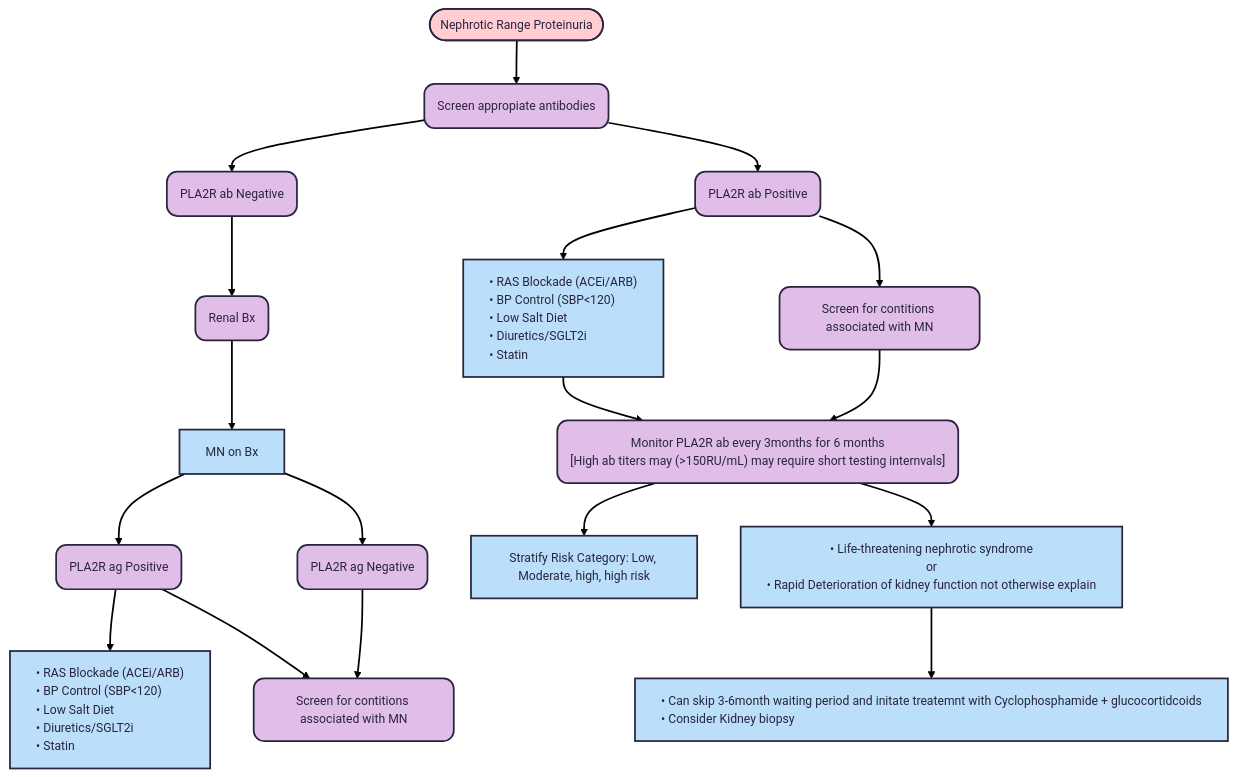
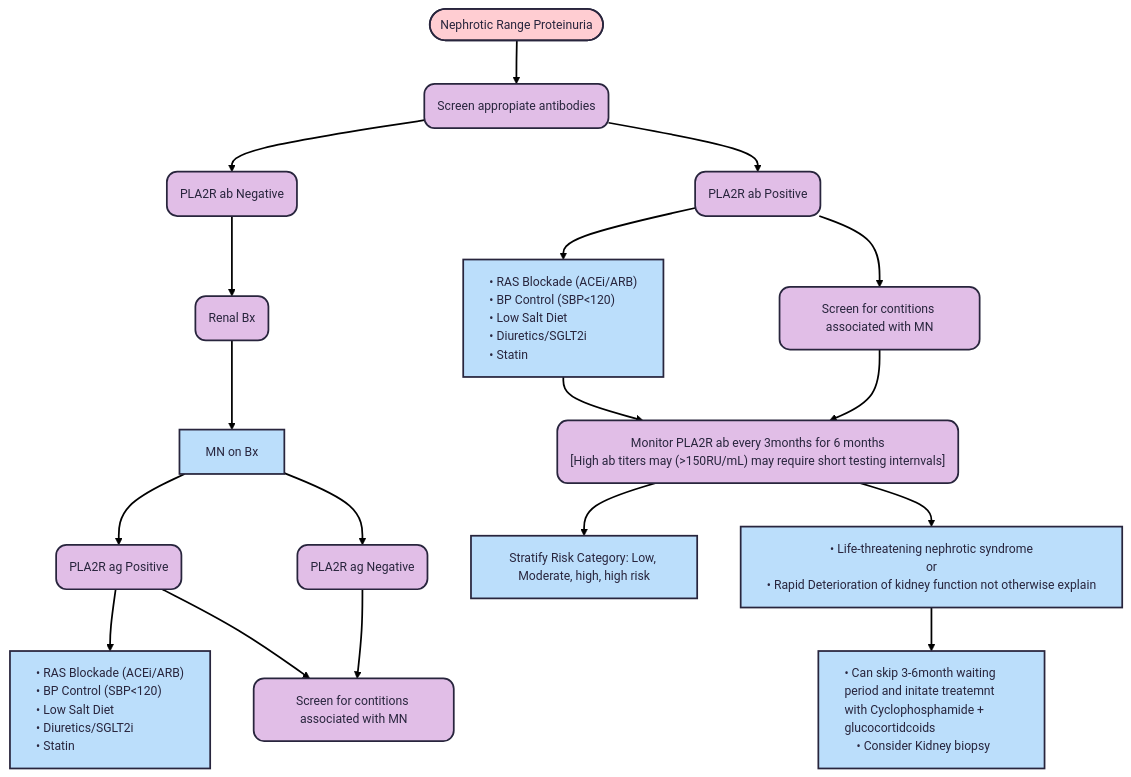
Before and after one commit to TTUNEPH2025/GN: the first of 4 diagrams in docs/Membranous.md, drawn with Mermaid.

````diff
--- a/docs/Membranous.md
+++ b/docs/Membranous.md
@@ -97,56 +97,56 @@
 ```mermaid
 ---
 config:
   theme: redux
 ---
 flowchart TD
     A(["Nephrotic Range Proteinuria"]) --> B["Screen appropiate antibodies"]
     B --> C["PLA2R ab Negative"] & D["PLA2R ab Positive"]
     C --> n1["Renal Bx"]
     n1 --> n2["MN on Bx"]
     n2 --> n3["PLA2R ag Positive"] & n4["PLA2R ag Negative"]
     n4 --> n5["Screen for contitions associated with MN"]
     n3 --> n6["• RAS Blockade (ACEi/ARB)
     • BP Control (SBP&lt;120)
     • Low Salt Diet
     • Diuretics/SGLT2i
     • Statin"] & n5
     D --> n7["• RAS Blockade (ACEi/ARB)
     • BP Control (SBP&lt;120)
     • Low Salt Diet
     • Diuretics/SGLT2i
     • Statin"] & n8["Screen for contitions associated with MN"]
     n7 --> n9["Monitor PLA2R ab every 3months for 6 months
     [High ab titers may (>150RU/mL) may require short testing internvals]"]
     n8 --> n9
     n9 --> n10["Stratify Risk Category: Low, Moderate, high, high risk"] & n11["• Life-threatening nephrotic syndrome
     or
     • Rapid Deterioration of kidney function not otherwise explain"]
     n11 --> n12[" • Can skip 3-6month waiting period and initate treatemnt with Cyclophosphamide + glucocortidcoids 
     • Consider Kidney biopsy"]
     B@{ shape: rounded}
     C@{ shape: rounded}
     D@{ shape: rounded}
     n1@{ shape: rounded}
     n3@{ shape: rounded}
     n4@{ shape: rounded}
     n5@{ shape: rounded}
     n8@{ shape: rounded}
     n9@{ shape: rounded}
     style A fill:#FFCDD2
     style B fill:#E1BEE7
     style C fill:#E1BEE7
     style D fill:#E1BEE7
     style n1 fill:#E1BEE7
     style n2 fill:#BBDEFB
     style n3 fill:#E1BEE7
     style n4 fill:#E1BEE7
     style n5 fill:#E1BEE7
     style n6 fill:#BBDEFB,text-align:left,white-space:nowrap
     style n7 fill:#BBDEFB,text-align:left,white-space:nowrap
     style n8 fill:#E1BEE7
     style n9 fill:#E1BEE7,white-space:nowrap
     style n10 fill:#BBDEFB
     style n11 fill:#BBDEFB,white-space:nowrap
-    style n12 fill:#BBDEFB,text-align:left,white-space:nowrap
+    style n12 fill:#BBDEFB,text-align:left
 ```
````
